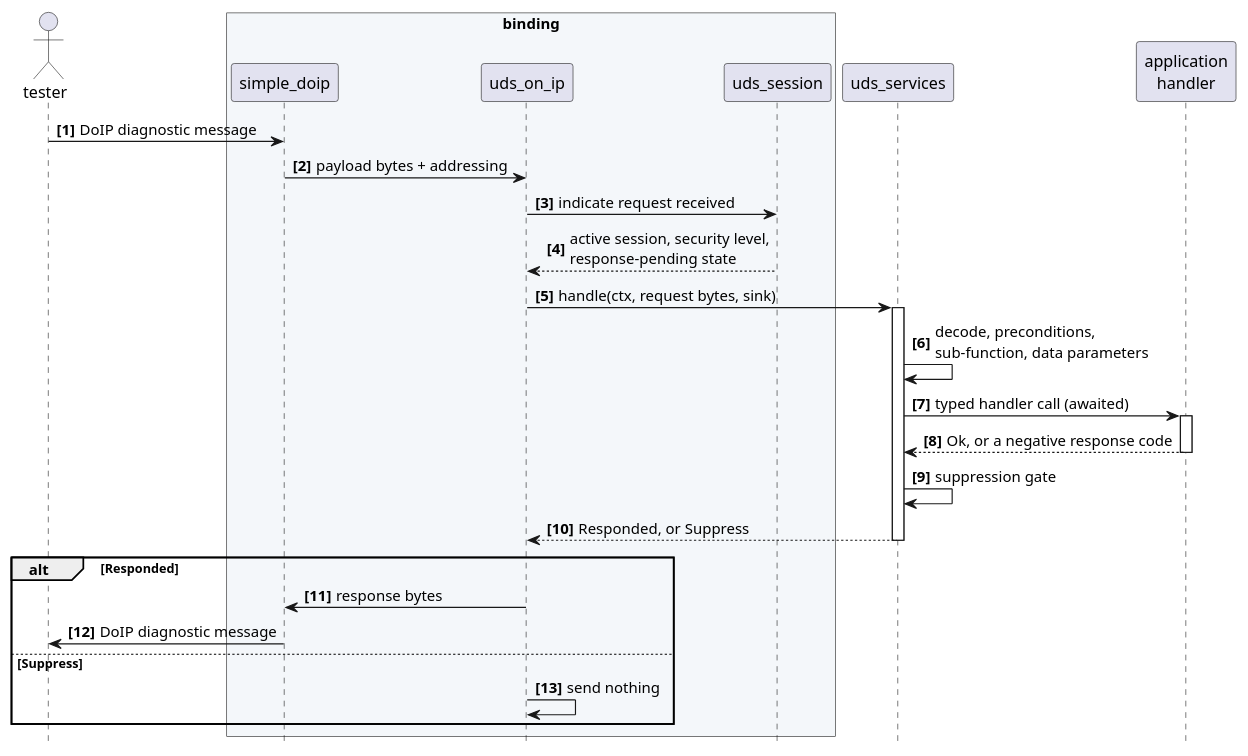
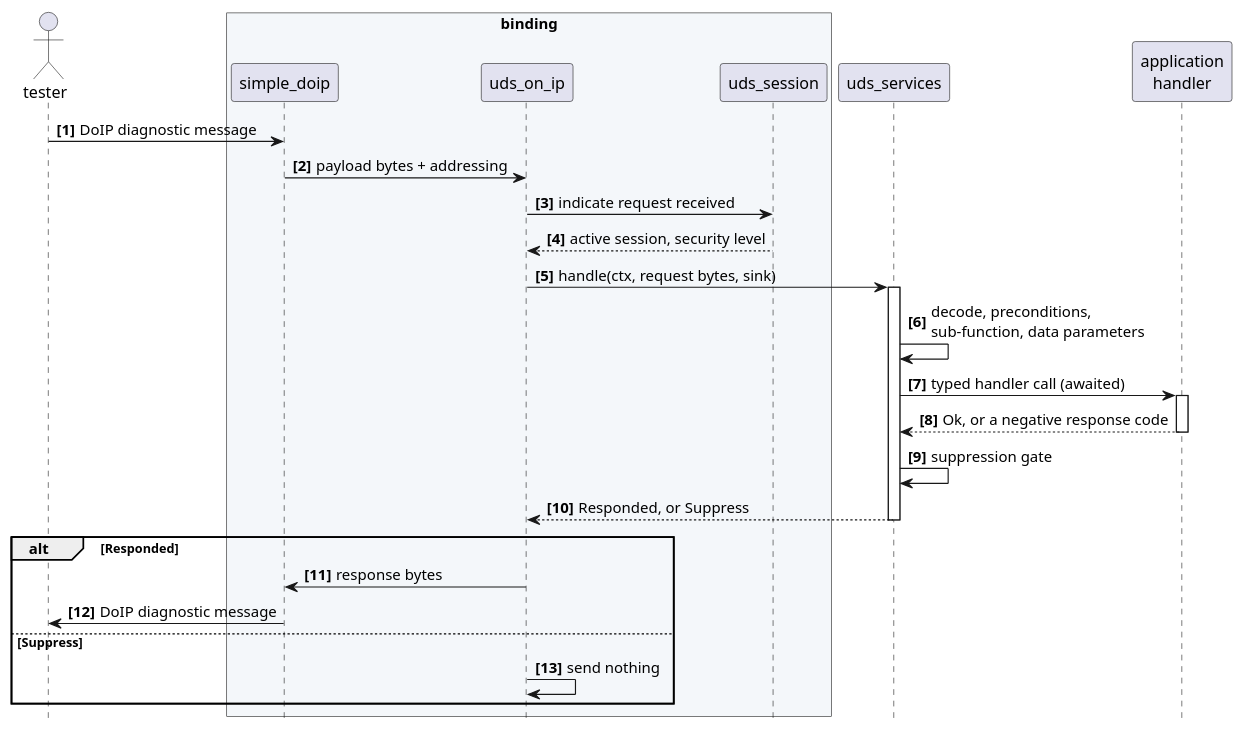
One commit to luminartech/uds_stack changed the second of 3 diagrams in crates/uds_services/docs/architecture/stack-position.rst. Above: the diagram before and after it, drawn with PlantUML. The commit also changed other lines of this file and 2 other files, not shown here.

```diff
--- a/crates/uds_services/docs/architecture/stack-position.rst
+++ b/crates/uds_services/docs/architecture/stack-position.rst
@@ -177,41 +177,41 @@
 .. uml::
    :align: center
    :caption: One physically addressed request reaching a server, from the wire to a
              handler and back. The client-side path is in :doc:`client-surface`.
 
    @startuml
    autonumber "<b>[0]"
    hide footbox
 
    actor tester as T
    box "binding" #F4F7FA
      participant "simple_doip" as D
      participant "uds_on_ip" as I
      participant "uds_session" as S
    end box
    participant "uds_services" as V
    participant "application\nhandler" as H
 
    T -> D : DoIP diagnostic message
    D -> I : payload bytes + addressing
    I -> S : indicate request received
-   S --> I : active session, security level,\nresponse-pending state
+   S --> I : active session, security level
    I -> V : handle(ctx, request bytes, sink)
    activate V
 
    V -> V : decode, preconditions,\nsub-function, data parameters
    V -> H : typed handler call (awaited)
    activate H
    H --> V : Ok, or a negative response code
    deactivate H
    V -> V : suppression gate
    V --> I : Responded, or Suppress
    deactivate V
 
    alt Responded
      I -> D : response bytes
      D -> T : DoIP diagnostic message
    else Suppress
      I -> I : send nothing
    end
    @enduml
```
